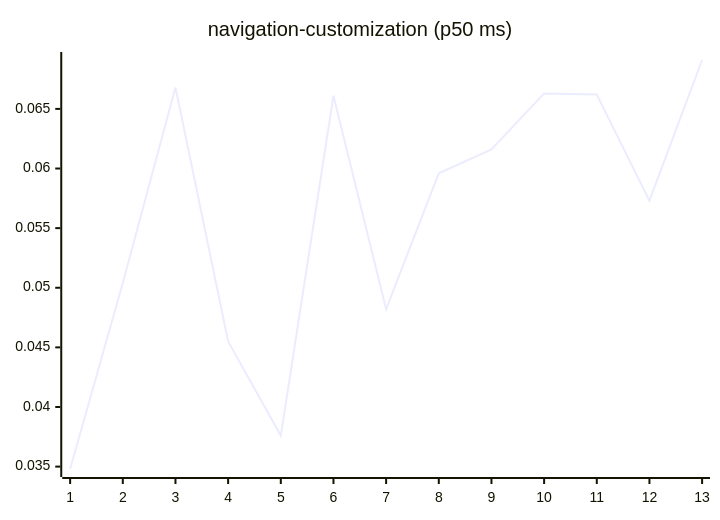
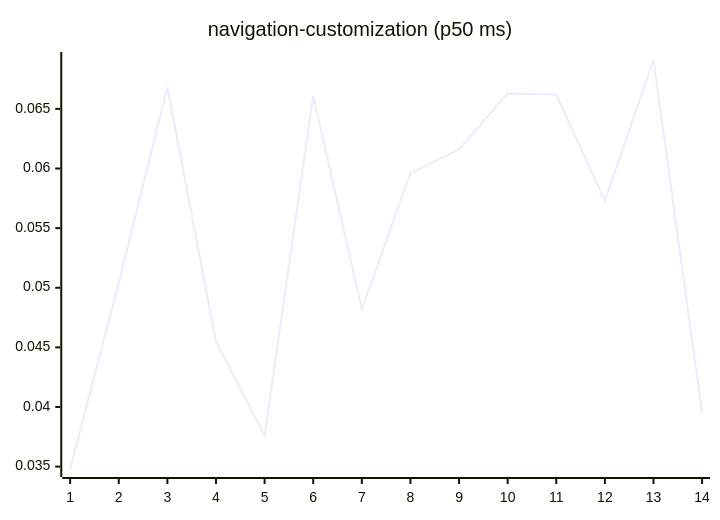
Before and after one commit to josha/Facet: diagram 15 of 27 in README.md, drawn with Mermaid. The commit also changed other lines of this file and 2 other files, not shown here.

````diff
--- a/README.md
+++ b/README.md
@@ -161,6 +161,6 @@
 ```mermaid
 xychart-beta
     title "navigation-customization (p50 ms)"
-    x-axis 1 --> 13
-    line [0.0348, 0.0504, 0.0668, 0.0455, 0.0376, 0.0661, 0.0482, 0.0596, 0.0616, 0.0663, 0.0662, 0.0573, 0.0691]
+    x-axis 1 --> 14
+    line [0.0348, 0.0504, 0.0668, 0.0455, 0.0376, 0.0661, 0.0482, 0.0596, 0.0616, 0.0663, 0.0662, 0.0573, 0.0691, 0.0395]
 ```
````
